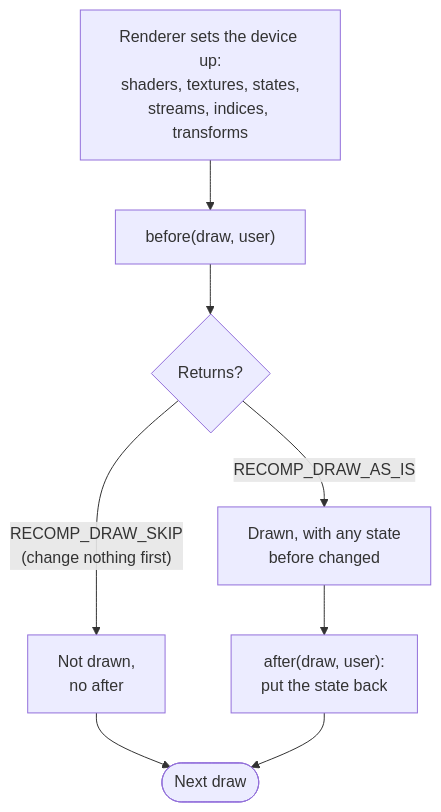
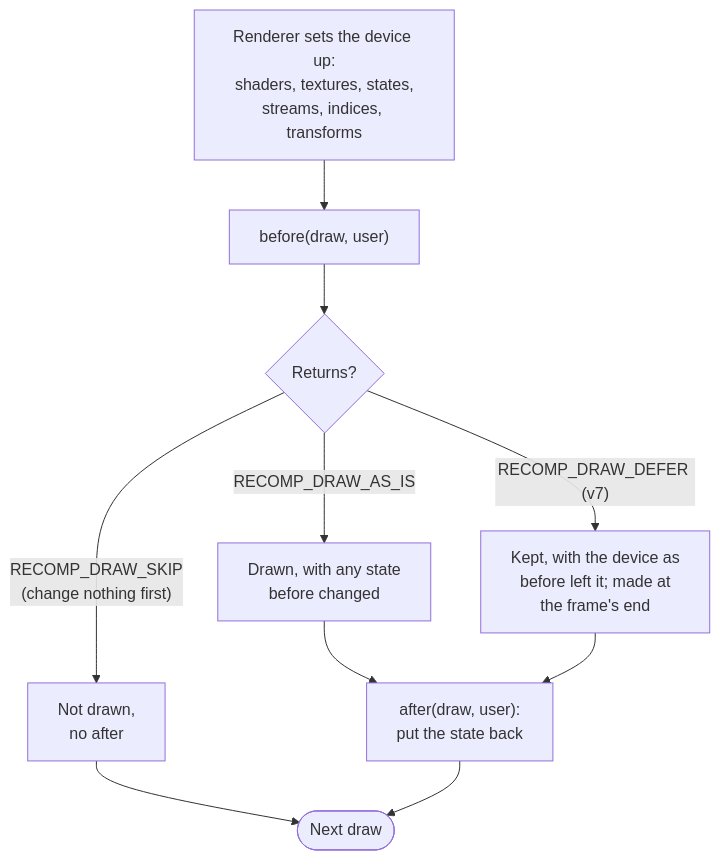
One commit to bechapm/XboxXBERecomp-D3D9 changed the fourth of 5 diagrams in docs/mods.md. Above: the diagram before and after it, drawn with Mermaid. The commit also changed other lines of this file and 2 other files, not shown here.

First line of the commit message:
Mods API v7: RECOMP_DRAW_DEFER, a draw made at the frame's end

````diff
--- a/docs/mods.md
+++ b/docs/mods.md
@@ -208,10 +209,12 @@
 ```mermaid
 flowchart TD
     P["Renderer sets the device up:<br/>shaders, textures, states,<br/>streams, indices, transforms"] --> B["before(draw, user)"]
     B --> Q{"Returns?"}
     Q -- "RECOMP_DRAW_SKIP<br/>(change nothing first)" --> SK["Not drawn,<br/>no after"]
     Q -- "RECOMP_DRAW_AS_IS" --> CH["Drawn, with any state<br/>before changed"]
+    Q -- "RECOMP_DRAW_DEFER (v7)" --> DF["Kept, with the device as<br/>before left it; made at<br/>the frame's end"]
     CH --> A["after(draw, user):<br/>put the state back"]
+    DF --> A
     SK --> NX(["Next draw"])
     A --> NX
 ```
````
